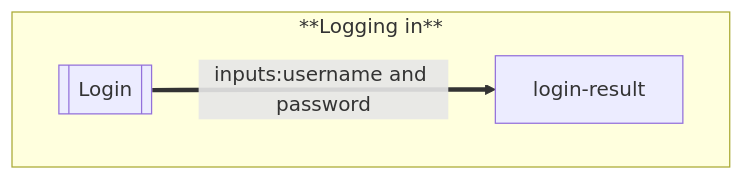
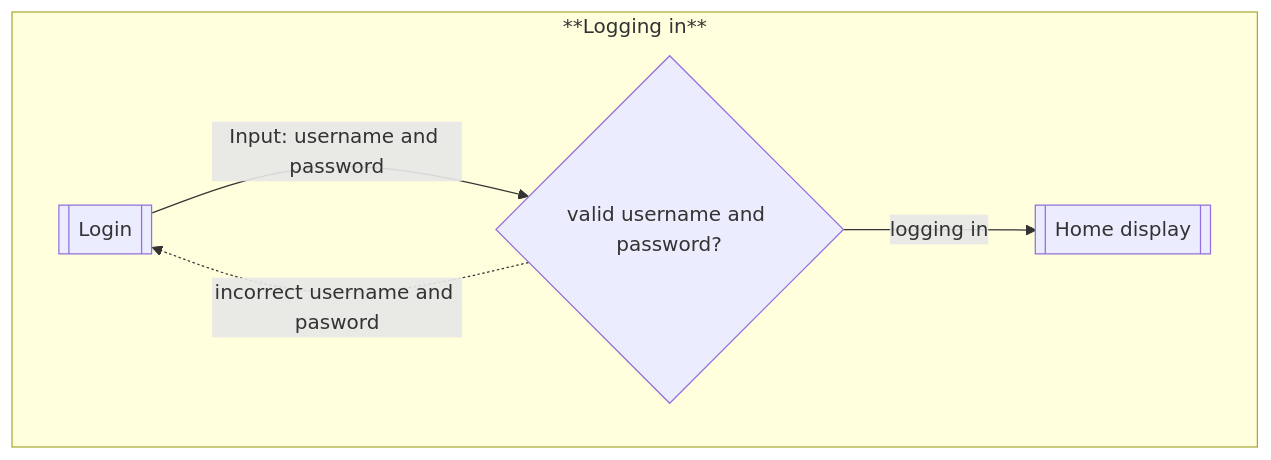
The second of 4 diagrams in README.md (Karan4248/Exercise-Tracker), drawn with Mermaid before and after one commit. The commit also changed other lines of this file and 1 other file, not shown here.

````diff
--- a/README.md
+++ b/README.md
@@ -43,7 +43,9 @@
 ```mermaid
 flowchart
   subgraph **Logging in**
     login[[Login]]  
-    login == inputs:username and password ==> login-result
+    login -- Input: username and password --> user{valid username and password?}
+    user -. incorrect username and pasword .-> login 
+    user -- logging in --> home[[Home display]]
     end
 ```
````
